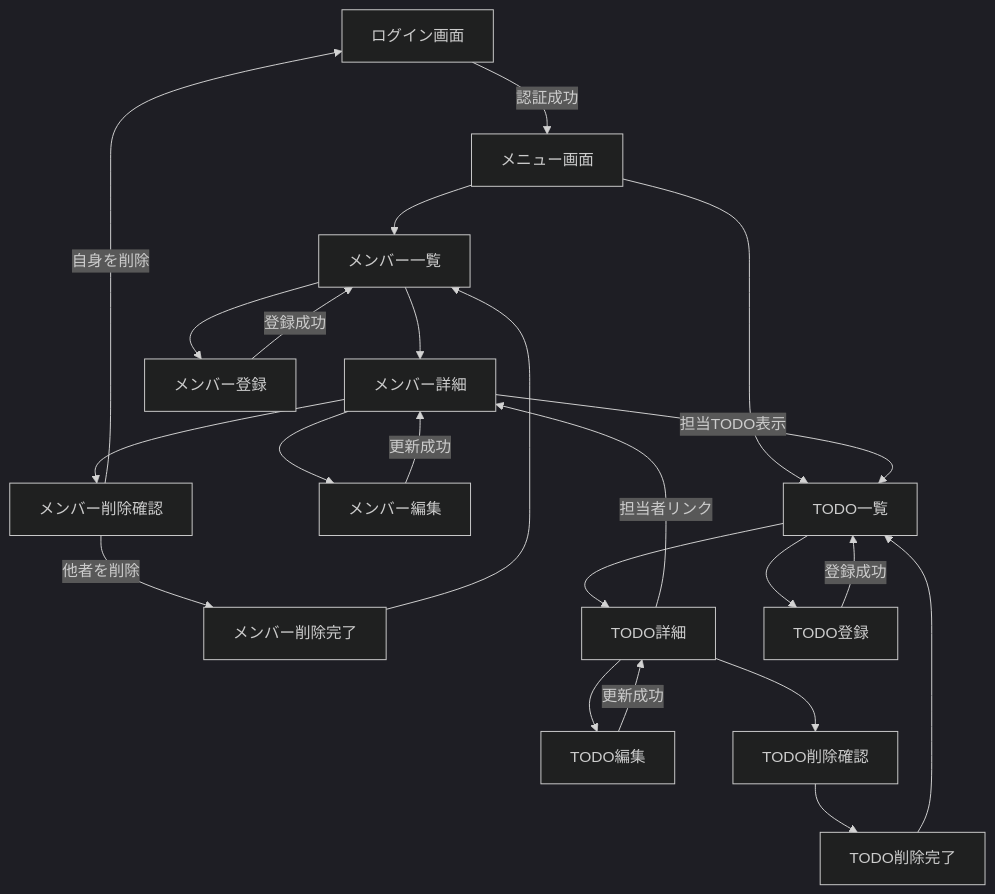
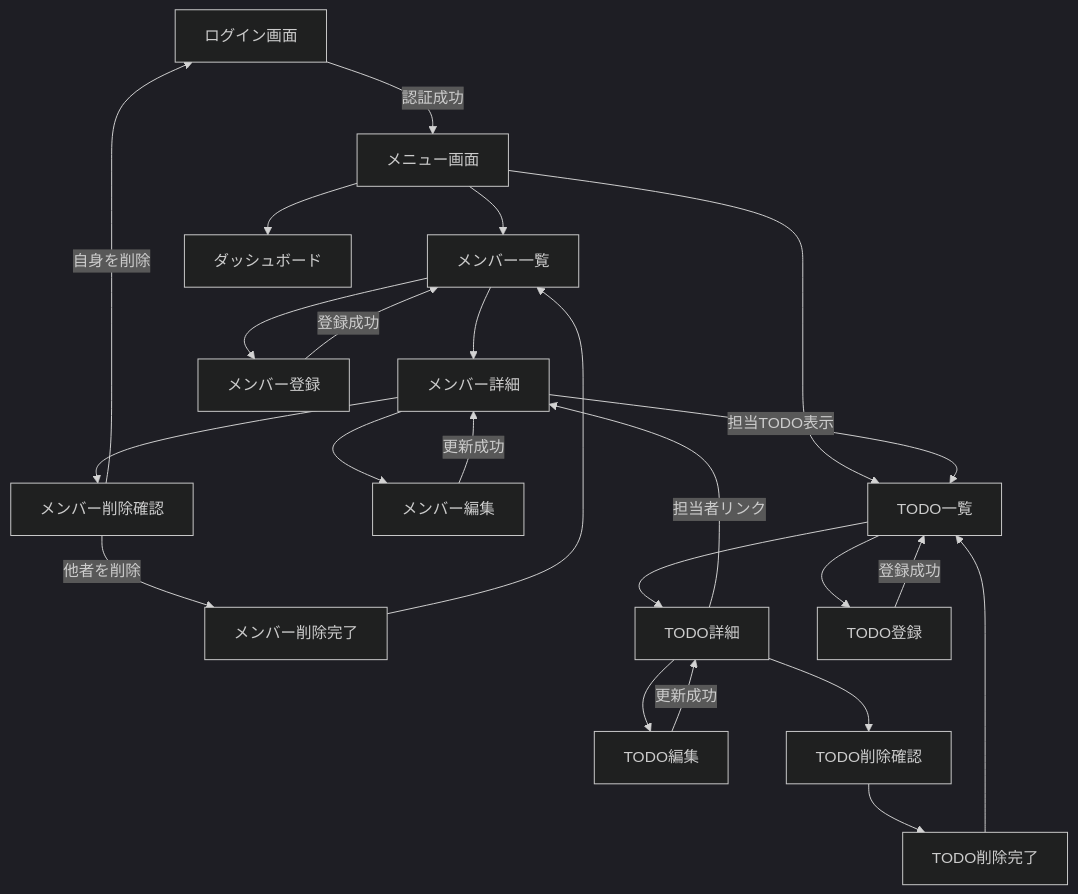
Before and after one commit to imnoob012/todo-app: the second of 2 diagrams in README.md, drawn with Mermaid (dark theme). The commit also changed other lines of this file and 54 other files, not shown here.

````diff
--- a/README.md
+++ b/README.md
@@ -225,31 +265,32 @@
 ```mermaid
 flowchart TD
     A[ログイン画面] -->|認証成功| B[メニュー画面]
     B --> C[メンバー一覧]
     B --> D[TODO一覧]
+    B --> O[ダッシュボード]
 
     C --> E[メンバー詳細]
     C --> F[メンバー登録]
     F -->|登録成功| C
 
     E --> G[メンバー編集]
     E --> H[メンバー削除確認]
     E -->|担当TODO表示| D
 
     G -->|更新成功| E
     H -->|自身を削除| A
     H -->|他者を削除| I[メンバー削除完了]
     I --> C
 
     D --> J[TODO詳細]
     D --> K[TODO登録]
     K -->|登録成功| D
 
     J --> L[TODO編集]
     J --> M[TODO削除確認]
     J -->|担当者リンク| E
 
     L -->|更新成功| J
     M --> N[TODO削除完了]
     N --> D
 ```
````
